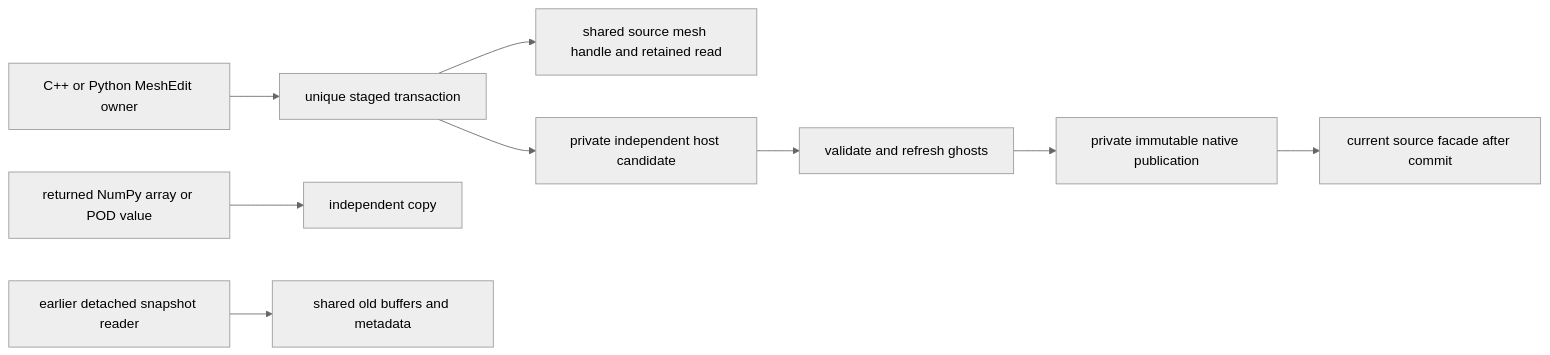
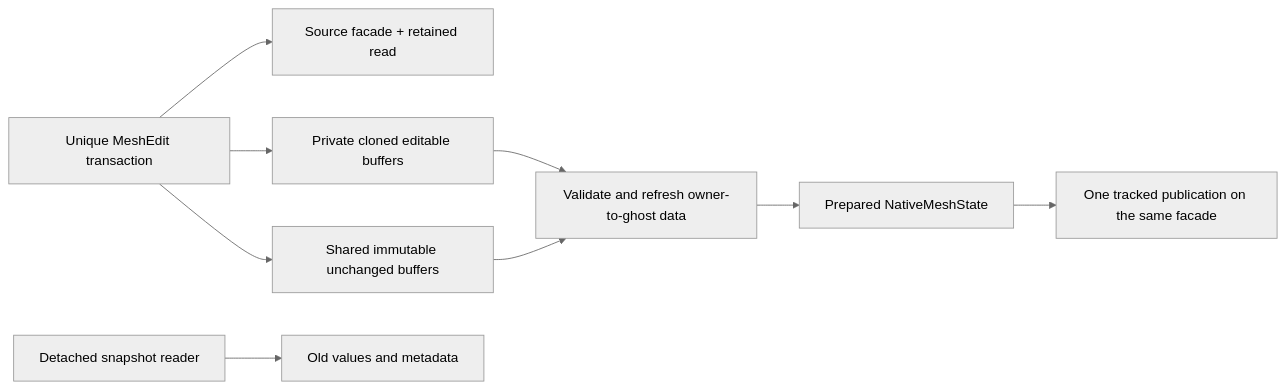
The diagram in docs/architecture/ManagedMeshEdit.md (harryzhou2000/DNDSR), drawn with Mermaid (neutral theme) before and after one commit. The commit also changed other lines of this file and 208 other files, not shown here.

````diff
--- a/docs/architecture/ManagedMeshEdit.md
+++ b/docs/architecture/ManagedMeshEdit.md
@@ -20,11 +15,11 @@
 ```mermaid
 flowchart LR
-  user[C++ or Python MeshEdit owner] --> edit[unique staged transaction]
-  edit --> source[shared source mesh handle and retained read]
-  edit --> candidate[private independent host candidate]
-  getter[returned NumPy array or POD value] --> copy[independent copy]
-  candidate --> validate[validate and refresh ghosts]
-  validate --> publication[private immutable native publication]
-  publication --> mesh[current source facade after commit]
-  reader[earlier detached snapshot reader] --> old[shared old buffers and metadata]
+    edit[Unique MeshEdit transaction] --> source[Source facade + retained read]
+    edit --> changed[Private cloned editable buffers]
+    edit --> unchanged[Shared immutable unchanged buffers]
+    changed --> validate[Validate and refresh owner-to-ghost data]
+    unchanged --> validate
+    validate --> candidate[Prepared NativeMeshState]
+    candidate --> commit[One tracked publication on the same facade]
+    old[Detached snapshot reader] --> retained[Old values and metadata]
 ```
````
